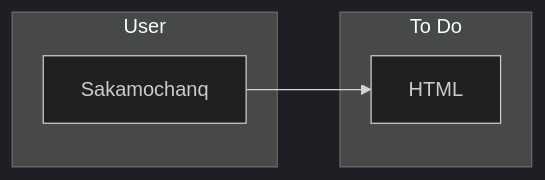
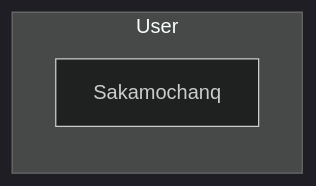
One commit to Pop-Apple/Sakamochanq changed the diagram in README.md. Above: the diagram before and after it, drawn with Mermaid.

````diff
--- a/README.md
+++ b/README.md
@@ -13,17 +13,11 @@
 ```mermaid
-
 graph LR
 
   %%{init: {"theme" : "dark" }}%%
 
   subgraph "User"
+
     A-1[Sakamochanq]
 
   end
-
-  subgraph "To Do"
-    A-1 --> B-1[HTML]
-
-  end
-
 ```
````
